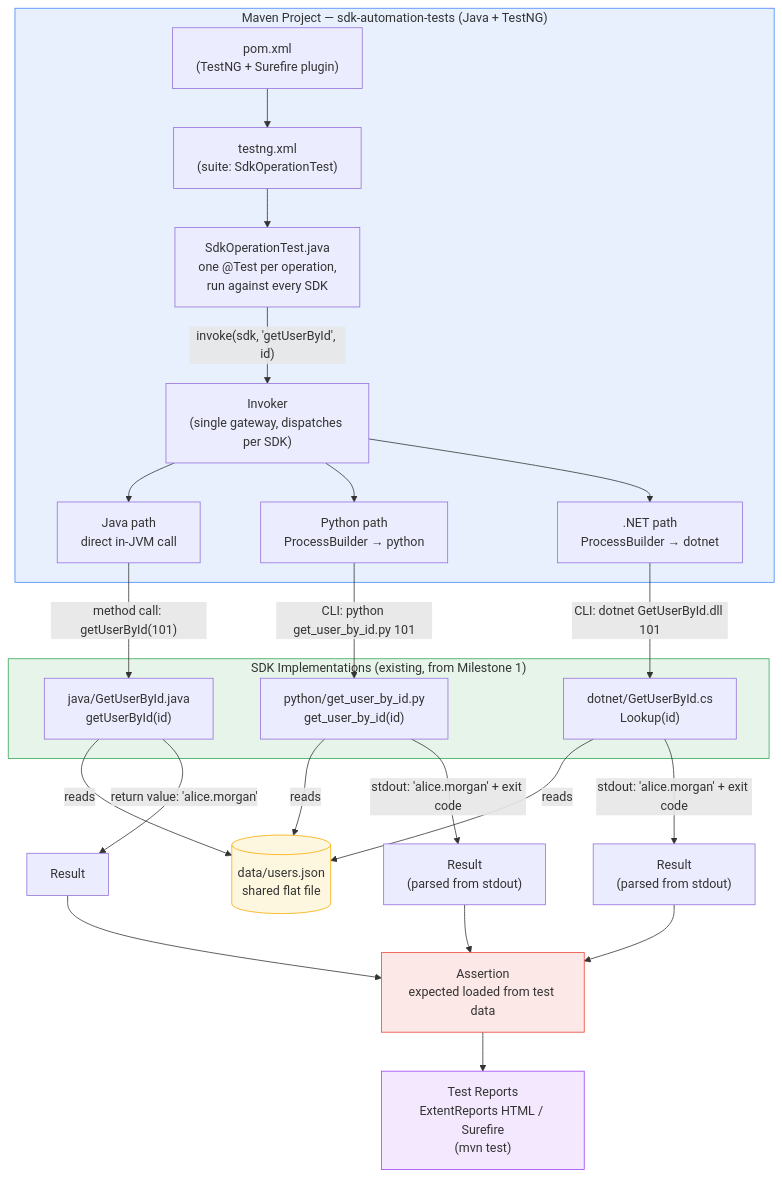
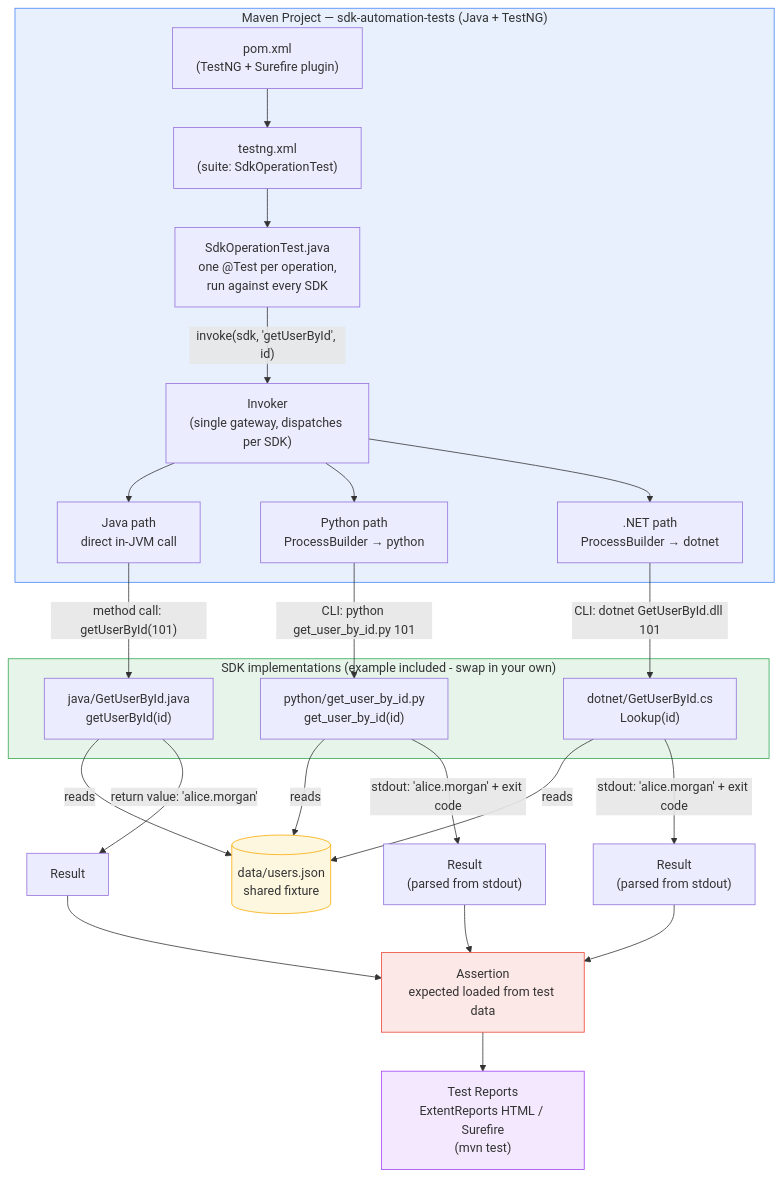
One commit to shantanuchandalia/SDK-Test-Automation-Framework changed the diagram in framework-flow.mermaid. Above: the diagram before and after it, drawn with Mermaid. The commit also changed 5 other files, not shown here.

```diff
--- a/framework-flow.mermaid
+++ b/framework-flow.mermaid
@@ -1,49 +1,49 @@
 %% Simple overview: one lane per language, no package/class internals shown.
 %% For the full drilldown (registry, per-language strategy subpackages,
 %% sdk.tests vs sdk.util split), see framework-flow-detailed.mermaid.
 flowchart TD
     subgraph MAVEN["Maven Project — sdk-automation-tests (Java + TestNG)"]
         POM["pom.xml<br/>(TestNG + Surefire plugin)"]
         XML["testng.xml<br/>(suite: SdkOperationTest)"]
         POM --> XML
 
         XML --> TEST["SdkOperationTest.java<br/>one @Test per operation,<br/>run against every SDK"]
 
         TEST -- "invoke(sdk, 'getUserById', id)" --> INV["Invoker<br/>(single gateway, dispatches per SDK)"]
 
         INV --> JINV["Java path<br/>direct in-JVM call"]
         INV --> PINV["Python path<br/>ProcessBuilder → python"]
         INV --> DINV[".NET path<br/>ProcessBuilder → dotnet"]
     end
 
-    subgraph SDKS["SDK Implementations (existing, from Milestone 1)"]
+    subgraph SDKS["SDK implementations (example included - swap in your own)"]
         JSDK["java/GetUserById.java<br/>getUserById(id)"]
         PSDK["python/get_user_by_id.py<br/>get_user_by_id(id)"]
         DSDK["dotnet/GetUserById.cs<br/>Lookup(id)"]
     end
 
-    DATA[("data/users.json<br/>shared flat file")]
+    DATA[("data/users.json<br/>shared fixture")]
 
     JINV -- "method call: getUserById(101)" --> JSDK
     PINV -- "CLI: python get_user_by_id.py 101" --> PSDK
     DINV -- "CLI: dotnet GetUserById.dll 101" --> DSDK
 
     JSDK -- reads --> DATA
     PSDK -- reads --> DATA
     DSDK -- reads --> DATA
 
     JSDK -- "return value: 'alice.morgan'" --> JRESP["Result"]
     PSDK -- "stdout: 'alice.morgan' + exit code" --> PRESP["Result<br/>(parsed from stdout)"]
     DSDK -- "stdout: 'alice.morgan' + exit code" --> DRESP["Result<br/>(parsed from stdout)"]
 
     JRESP --> ASSERT["Assertion<br/>expected loaded from test data"]
     PRESP --> ASSERT
     DRESP --> ASSERT
 
     ASSERT --> REPORT["Test Reports<br/>ExtentReports HTML / Surefire<br/>(mvn test)"]
 
     style MAVEN fill:#e8f0fe,stroke:#4285f4
     style SDKS fill:#e6f4ea,stroke:#34a853
     style DATA fill:#fef7e0,stroke:#f9ab00
     style ASSERT fill:#fce8e6,stroke:#ea4335
     style REPORT fill:#f3e8fd,stroke:#a142f4
```
